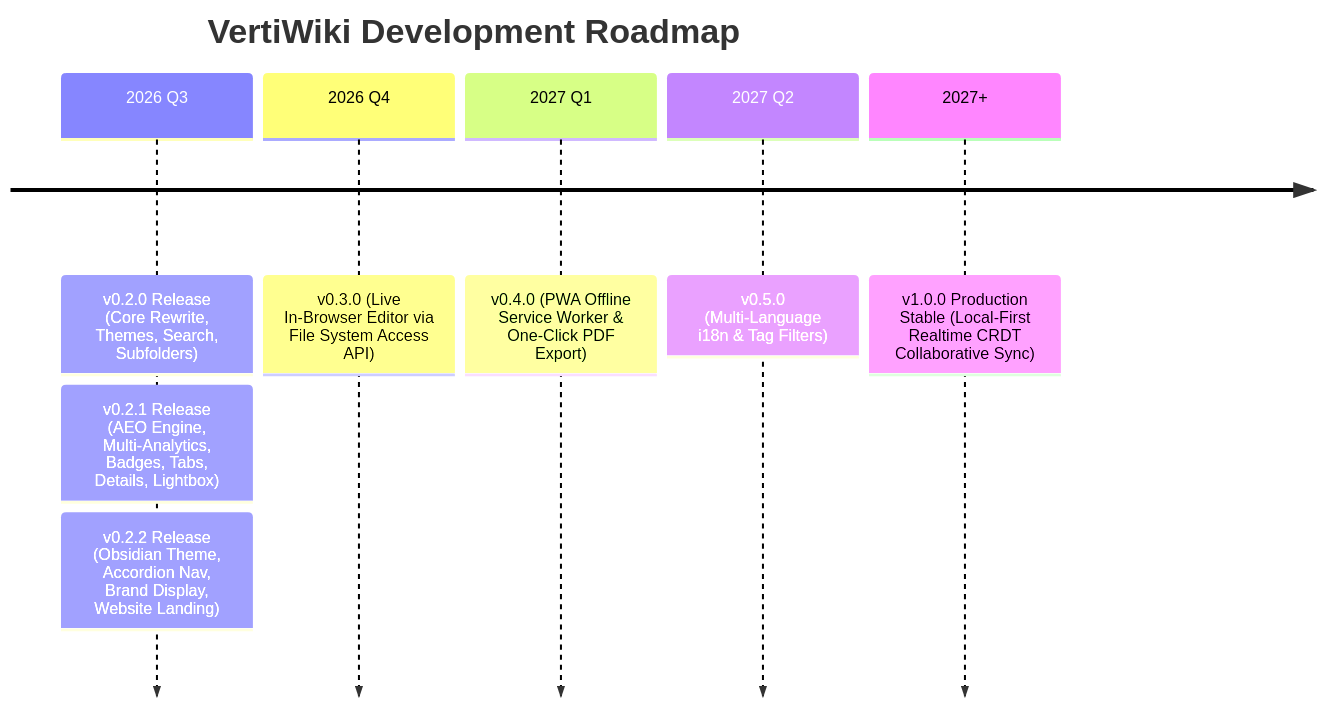
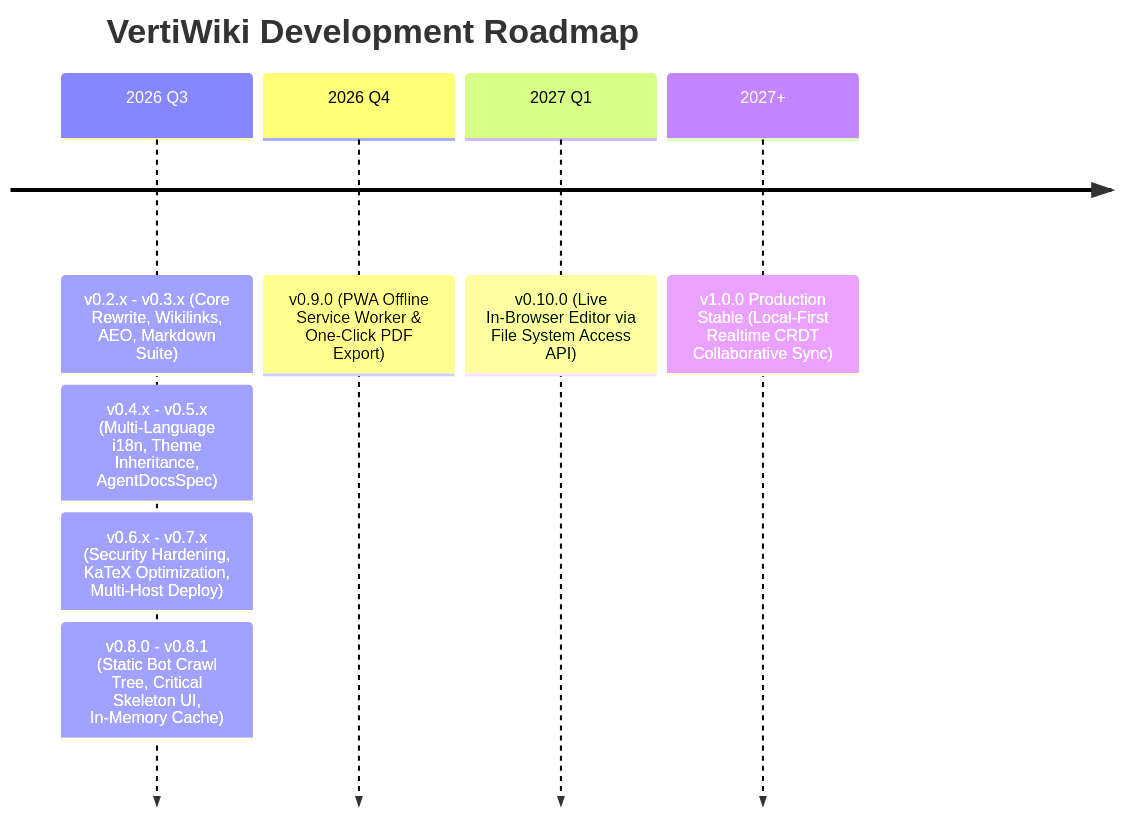
The diagram in demo/docs/versioning-and-roadmap.md (Octadira/vertiwiki), drawn with Mermaid before and after one commit. The commit also changed other lines of this file and 17 other files, not shown here.

Commit message:
docs(demo): synchronize demo content and docs with version 0.8.1 architecture and roadmap

````diff
--- a/demo/docs/versioning-and-roadmap.md
+++ b/demo/docs/versioning-and-roadmap.md
@@ -96,11 +159,11 @@
 ```mermaid
 timeline
     title VertiWiki Development Roadmap
-    2026 Q3 : v0.2.0 Release (Core Rewrite, Themes, Search, Subfolders)
-            : v0.2.1 Release (AEO Engine, Multi-Analytics, Badges, Tabs, Details, Lightbox)
-            : v0.2.2 Release (Obsidian Theme, Accordion Nav, Brand Display, Website Landing)
-    2026 Q4 : v0.3.0 (Live In-Browser Editor via File System Access API)
-    2027 Q1 : v0.4.0 (PWA Offline Service Worker & One-Click PDF Export)
-    2027 Q2 : v0.5.0 (Multi-Language i18n & Tag Filters)
+    2026 Q3 : v0.2.x - v0.3.x (Core Rewrite, Wikilinks, AEO, Markdown Suite)
+            : v0.4.x - v0.5.x (Multi-Language i18n, Theme Inheritance, AgentDocsSpec)
+            : v0.6.x - v0.7.x (Security Hardening, KaTeX Optimization, Multi-Host Deploy)
+            : v0.8.0 - v0.8.1 (Static Bot Crawl Tree, Critical Skeleton UI, In-Memory Cache)
+    2026 Q4 : v0.9.0 (PWA Offline Service Worker & One-Click PDF Export)
+    2027 Q1 : v0.10.0 (Live In-Browser Editor via File System Access API)
     2027+   : v1.0.0 Production Stable (Local-First Realtime CRDT Collaborative Sync)
 ```
````
